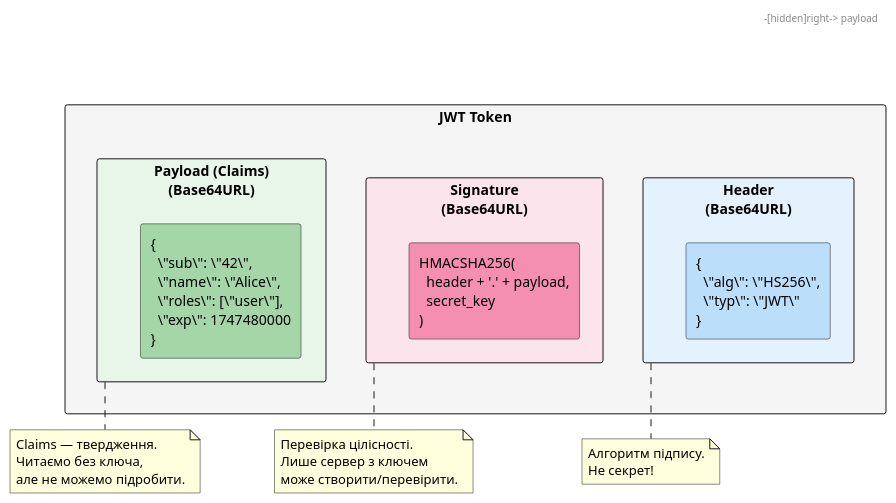
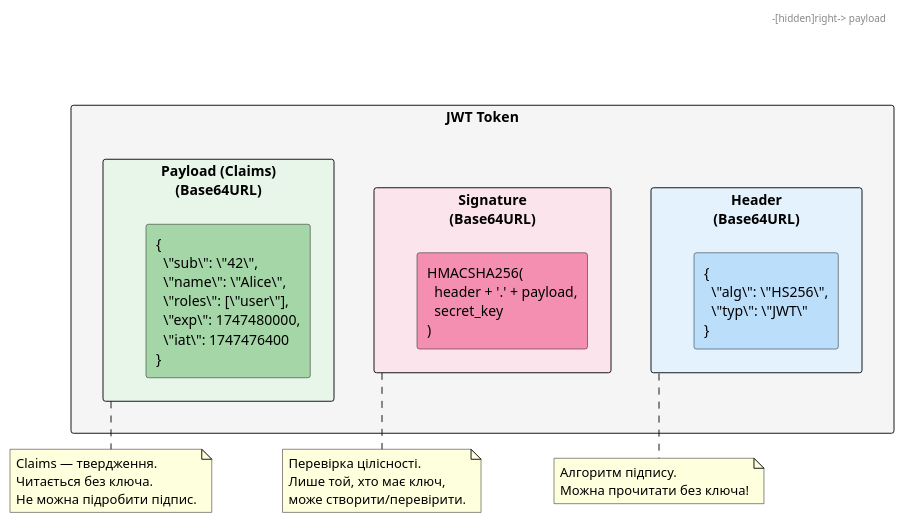
One commit to UTUBMIR/kostyl.dev changed the eighth of 18 diagrams in content/01.csharp/13.network-programming/08.http-advanced.md. Above: the diagram before and after it, drawn with PlantUML. The commit also changed other lines of this file and 2 other files, not shown here.

````diff
--- a/content/01.csharp/13.network-programming/08.http-advanced.md
+++ b/content/01.csharp/13.network-programming/08.http-advanced.md
@@ -418,39 +711,39 @@
 ```plantuml
 @startuml
 skinparam style plain
 skinparam backgroundColor #ffffff
 
 rectangle "JWT Token" #f5f5f5 {
     rectangle "Header\n(Base64URL)" as header #e3f2fd {
         rectangle "{\n  \"alg\": \"HS256\",\n  \"typ\": \"JWT\"\n}" as hj #bbdefb
     }
     rectangle "Payload (Claims)\n(Base64URL)" as payload #e8f5e9 {
-        rectangle "{\n  \"sub\": \"42\",\n  \"name\": \"Alice\",\n  \"roles\": [\"user\"],\n  \"exp\": 1747480000\n}" as pj #a5d6a7
+        rectangle "{\n  \"sub\": \"42\",\n  \"name\": \"Alice\",\n  \"roles\": [\"user\"],\n  \"exp\": 1747480000,\n  \"iat\": 1747476400\n}" as pj #a5d6a7
     }
     rectangle "Signature\n(Base64URL)" as sig #fce4ec {
         rectangle "HMACSHA256(\n  header + '.' + payload,\n  secret_key\n)" as sj #f48fb1
     }
 
     header -[hidden]right-> payload
     payload -[hidden]right-> sig
 }
 
 note bottom of header
   Алгоритм підпису.
-  Не секрет!
+  Можна прочитати без ключа!
 end note
 
 note bottom of payload
   Claims — твердження.
-  Читаємо без ключа,
-  але не можемо підробити.
+  Читається без ключа.
+  Не можна підробити підпис.
 end note
 
 note bottom of sig
   Перевірка цілісності.
-  Лише сервер з ключем
+  Лише той, хто має ключ,
   може створити/перевірити.
 end note
 
 @enduml
 ```
````
